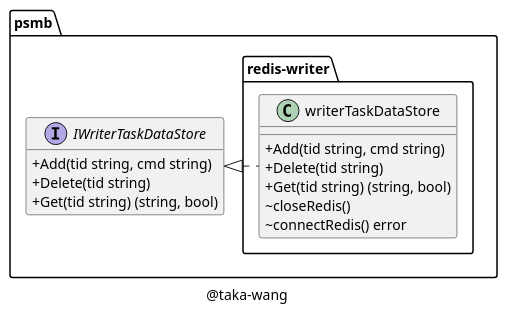
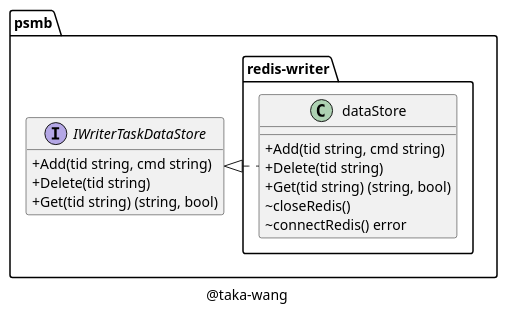
Before and after one commit to taka-wang/puml: the diagram in class/redis-writer.puml, drawn with PlantUML. The commit also changed 1 other file, not shown here.

Commit message:
update uml

```diff
--- a/class/redis-writer.puml
+++ b/class/redis-writer.puml
@@ -1,27 +1,27 @@
 @startuml
 
 set namespaceSeparator /
 
 skinparam classAttributeIconSize 0
 
-class psmb/redis-writer/writerTaskDataStore {
+class psmb/redis-writer/dataStore {
     +Add(tid string, cmd string)
     +Delete(tid string)
     +Get(tid string) (string, bool)
     ~closeRedis()
     ~connectRedis() error
 }
 
 interface psmb/IWriterTaskDataStore {
     +Add(tid string, cmd string)
     +Delete(tid string)
     +Get(tid string) (string, bool)
 }
 
-"psmb/IWriterTaskDataStore" <|. "psmb/redis-writer/writerTaskDataStore"
+"psmb/IWriterTaskDataStore" <|. "psmb/redis-writer/dataStore"
 
 caption @taka-wang
 
 hide interface fields
 
 @enduml
```
